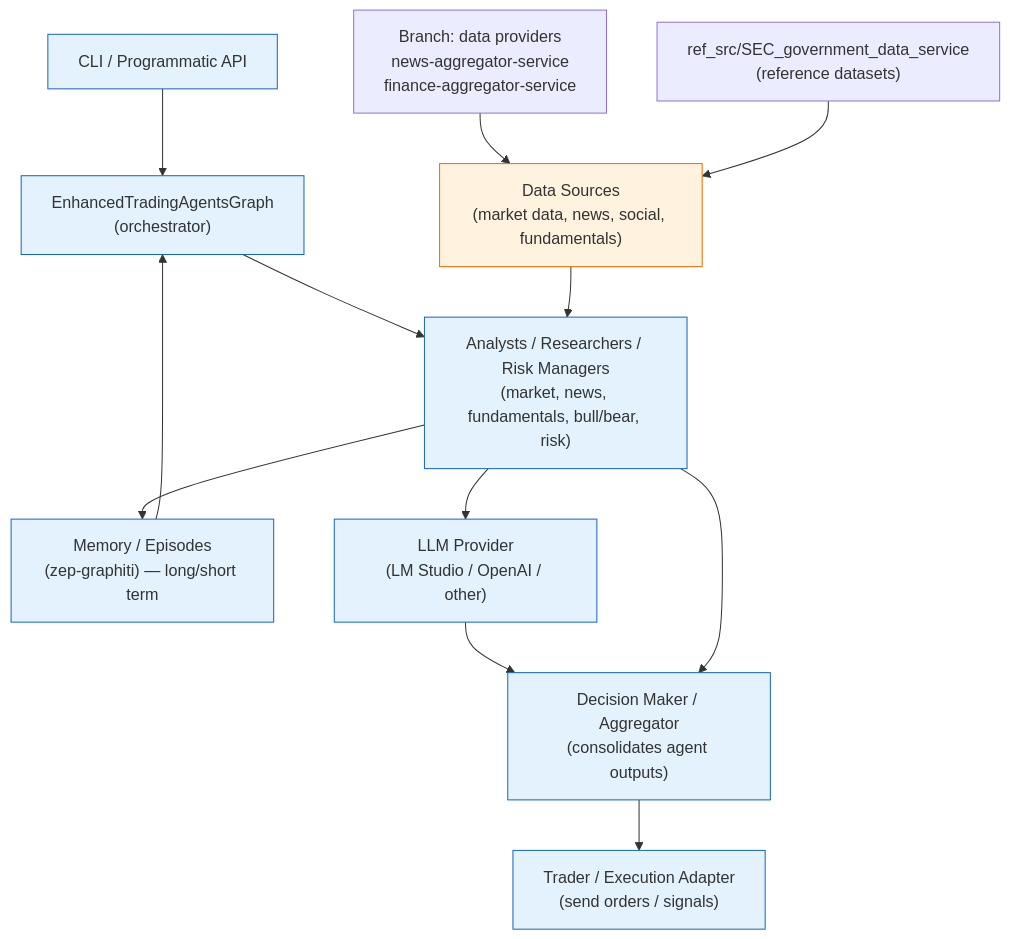
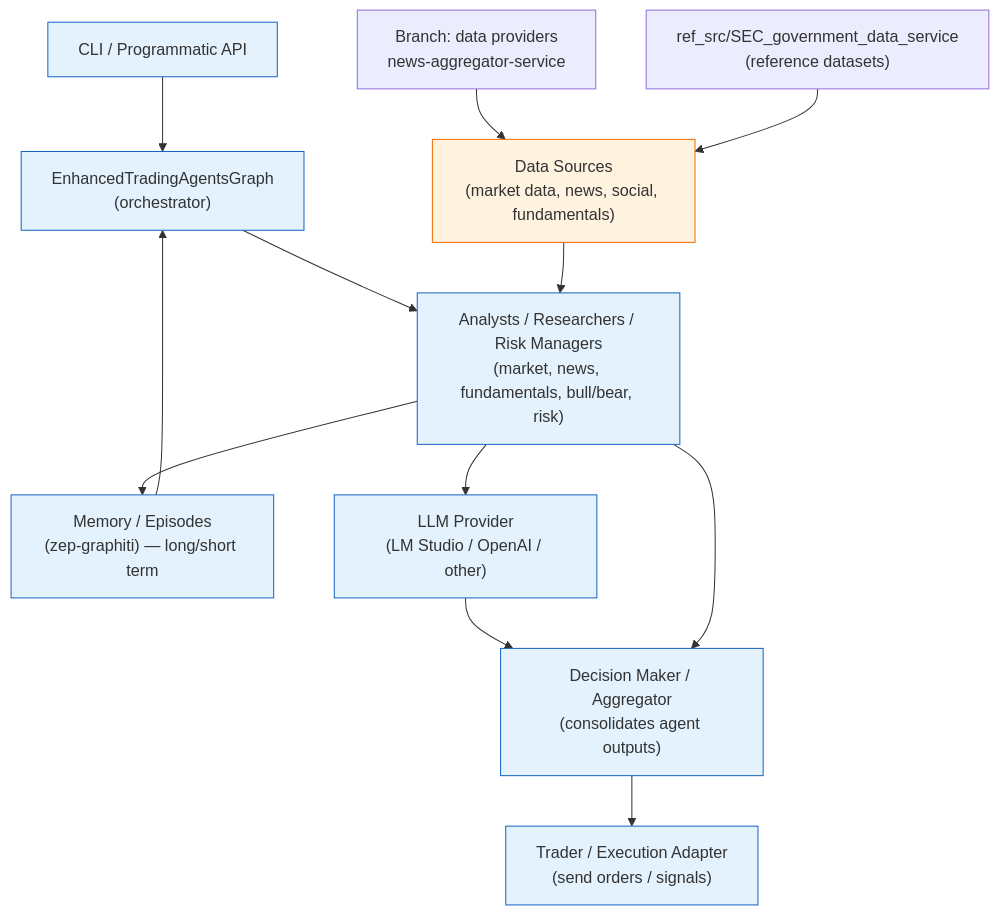
Before and after one commit to southerncoder/my-Trading-Agents: the diagram in services/trading-agents/README.md, drawn with Mermaid. The commit also changed other lines of this file and 58 other files, not shown here.

````diff
--- a/services/trading-agents/README.md
+++ b/services/trading-agents/README.md
@@ -139,30 +139,30 @@
 ```mermaid
 flowchart TD
   CLI["CLI / Programmatic API"]
   Orchestrator["EnhancedTradingAgentsGraph<br/>(orchestrator)"]
   Analysts["Analysts / Researchers / Risk Managers\n(market, news, fundamentals, bull/bear, risk)"]
   Memory["Memory / Episodes\n(zep-graphiti) — long/short term"]
   LLM["LLM Provider\n(LM Studio / OpenAI / other)"]
   Decision["Decision Maker / Aggregator\n(consolidates agent outputs)"]
   Trader["Trader / Execution Adapter\n(send orders / signals)"]
   DataSources["Data Sources\n(market data, news, social, fundamentals)"]
-  NewServices["Branch: data providers\nnews-aggregator-service\nfinance-aggregator-service"]
+  NewServices["Branch: data providers\nnews-aggregator-service"]
   RefSrc["ref_src/SEC_government_data_service\n(reference datasets)"]
 
   CLI --> Orchestrator
   Orchestrator --> Analysts
   Analysts --> Memory
   Analysts --> LLM
   DataSources --> Analysts
   NewServices --> DataSources
   RefSrc --> DataSources
   Memory --> Orchestrator
   LLM --> Decision
   Analysts --> Decision
   Decision --> Trader
 
   classDef component fill:#e3f2fd,stroke:#1565c0
   classDef data fill:#fff3e0,stroke:#ef6c00
   class CLI,Orchestrator,Analysts,Memory,LLM,Decision,Trader component
   class DataSources data
 ```
````
